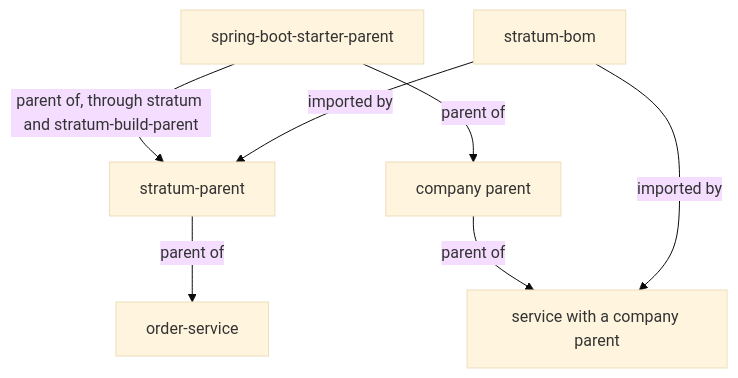
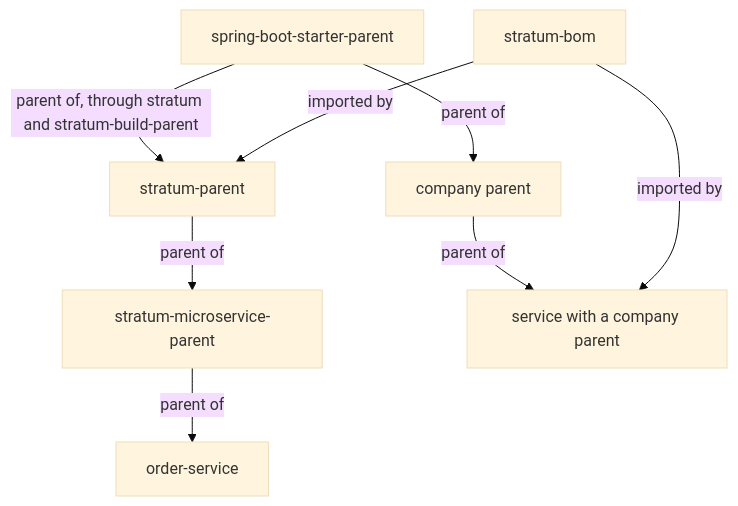
The diagram in docs/modules/parent-and-bom.md (exepex/stratum), drawn with Mermaid (base theme) before and after one commit. The commit also changed other lines of this file and 15 other files, not shown here.

First line of the commit message:
Add stratum-microservice-parent, a parent that brings the microservice bundle

````diff
--- a/docs/modules/parent-and-bom.md
+++ b/docs/modules/parent-and-bom.md
@@ -20,9 +22,10 @@
 ```mermaid
 flowchart TD
     SB[spring-boot-starter-parent] -->|parent of, through stratum and stratum-build-parent| SP[stratum-parent]
     SB -->|parent of| CP[company parent]
     BOM[stratum-bom] -->|imported by| SP
-    SP -->|parent of| S1[order-service]
+    SP -->|parent of| MP[stratum-microservice-parent]
+    MP -->|parent of| S1[order-service]
     CP -->|parent of| S2[service with a company parent]
     BOM -->|imported by| S2
 ```
````
